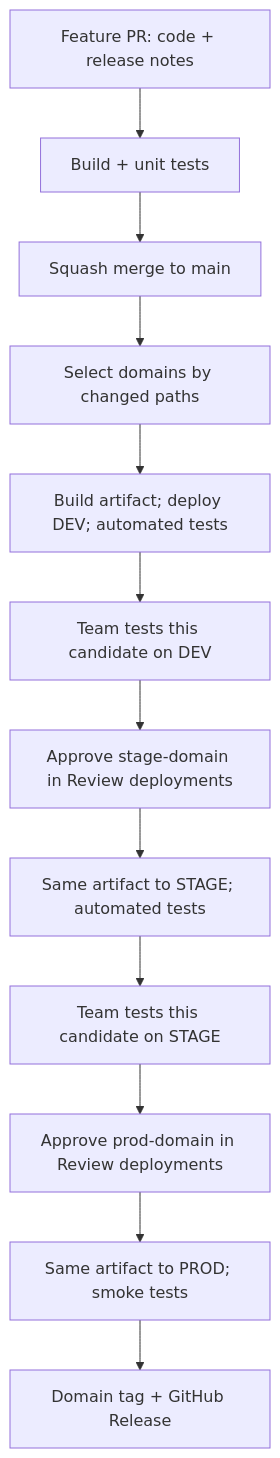
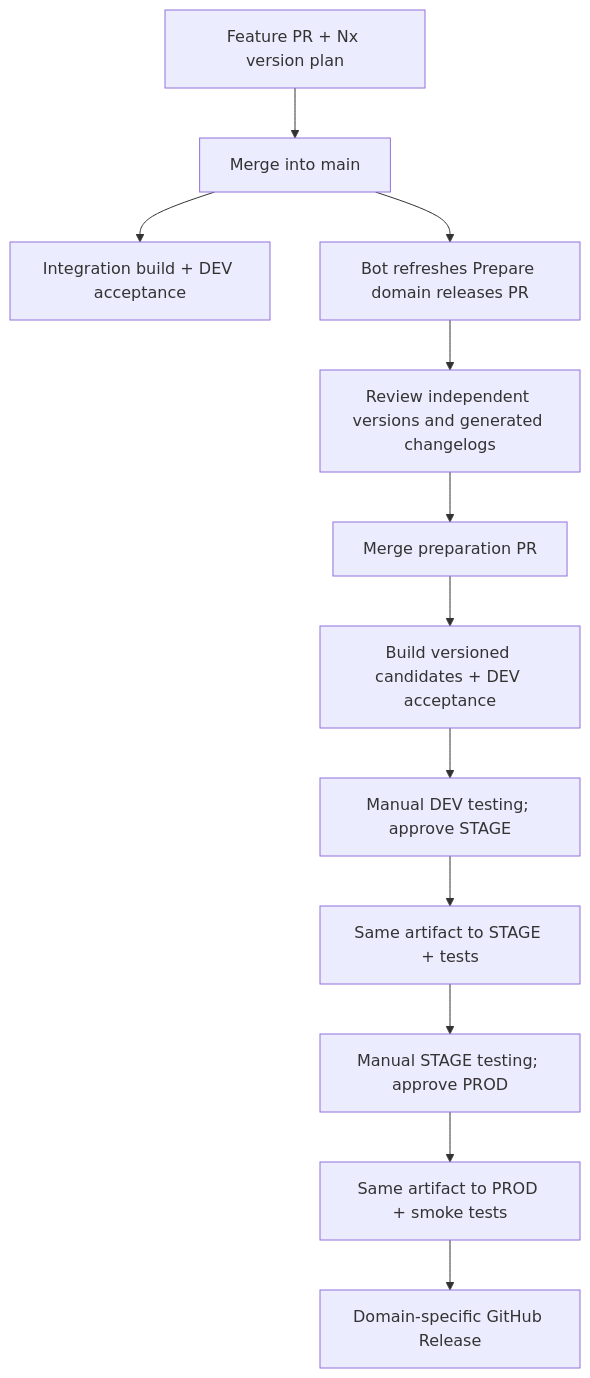
One commit to janodetzel/changesets-demo changed the diagram in README.md. Above: the diagram before and after it, drawn with Mermaid. The commit also changed other lines of this file and 23 other files, not shown here.

Commit message:
Add Nx semantic versions and release preparation PRs (#22)

````diff
--- a/README.md
+++ b/README.md
@@ -9,14 +26,14 @@
 ```mermaid
 flowchart TD
-  PR[Feature PR: code + release notes] --> CHECK[Build + unit tests]
-  CHECK --> MAIN[Squash merge to main]
-  MAIN --> PATHS[Select domains by changed paths]
-  PATHS --> DEV[Build artifact; deploy DEV; automated tests]
-  DEV --> MANUALDEV[Team tests this candidate on DEV]
-  MANUALDEV --> APPROVESTAGE[Approve stage-domain in Review deployments]
-  APPROVESTAGE --> STAGE[Same artifact to STAGE; automated tests]
-  STAGE --> MANUALSTAGE[Team tests this candidate on STAGE]
-  MANUALSTAGE --> APPROVEPROD[Approve prod-domain in Review deployments]
-  APPROVEPROD --> PROD[Same artifact to PROD; smoke tests]
-  PROD --> RELEASE[Domain tag + GitHub Release]
+  FEATURE[Feature PR + Nx version plan] --> MAIN[Merge into main]
+  MAIN --> DEV[Integration build + DEV acceptance]
+  MAIN --> PREP[Bot refreshes Prepare domain releases PR]
+  PREP --> REVIEW[Review independent versions and generated changelogs]
+  REVIEW --> MERGE[Merge preparation PR]
+  MERGE --> BUILD[Build versioned candidates + DEV acceptance]
+  BUILD --> SAPP[Manual DEV testing; approve STAGE]
+  SAPP --> STAGE[Same artifact to STAGE + tests]
+  STAGE --> PAPP[Manual STAGE testing; approve PROD]
+  PAPP --> PROD[Same artifact to PROD + smoke tests]
+  PROD --> RECORD[Domain-specific GitHub Release]
 ```
````
